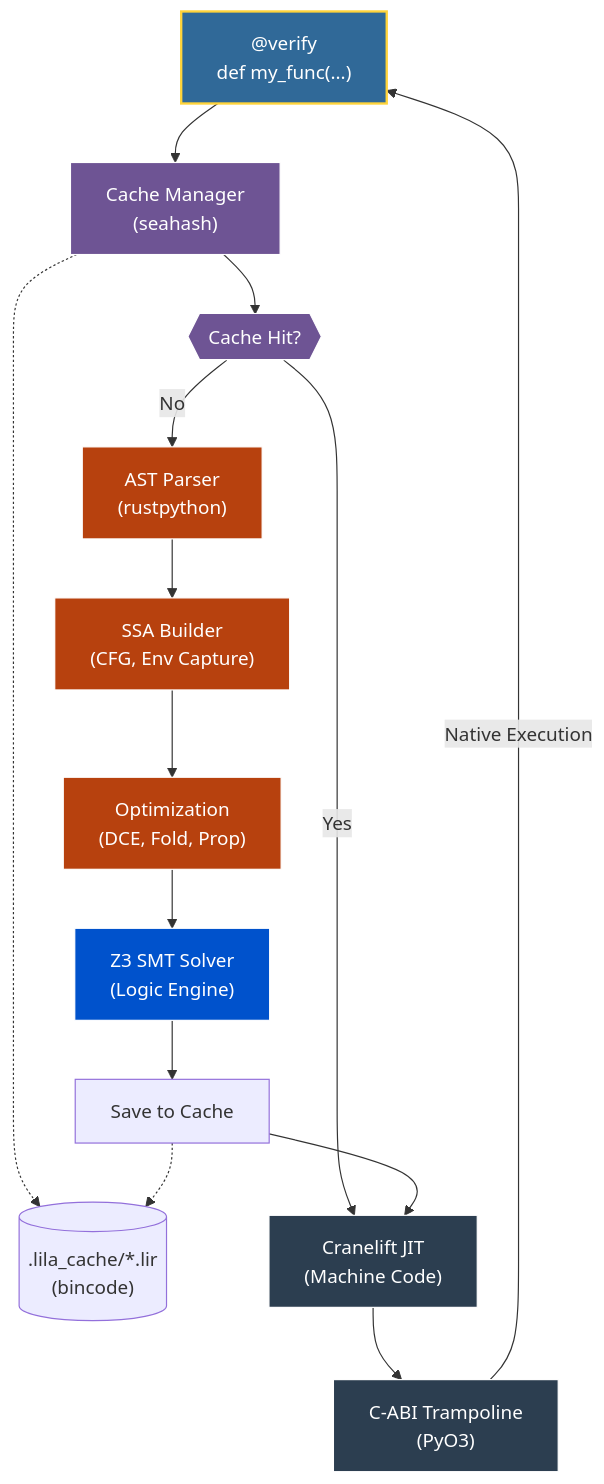
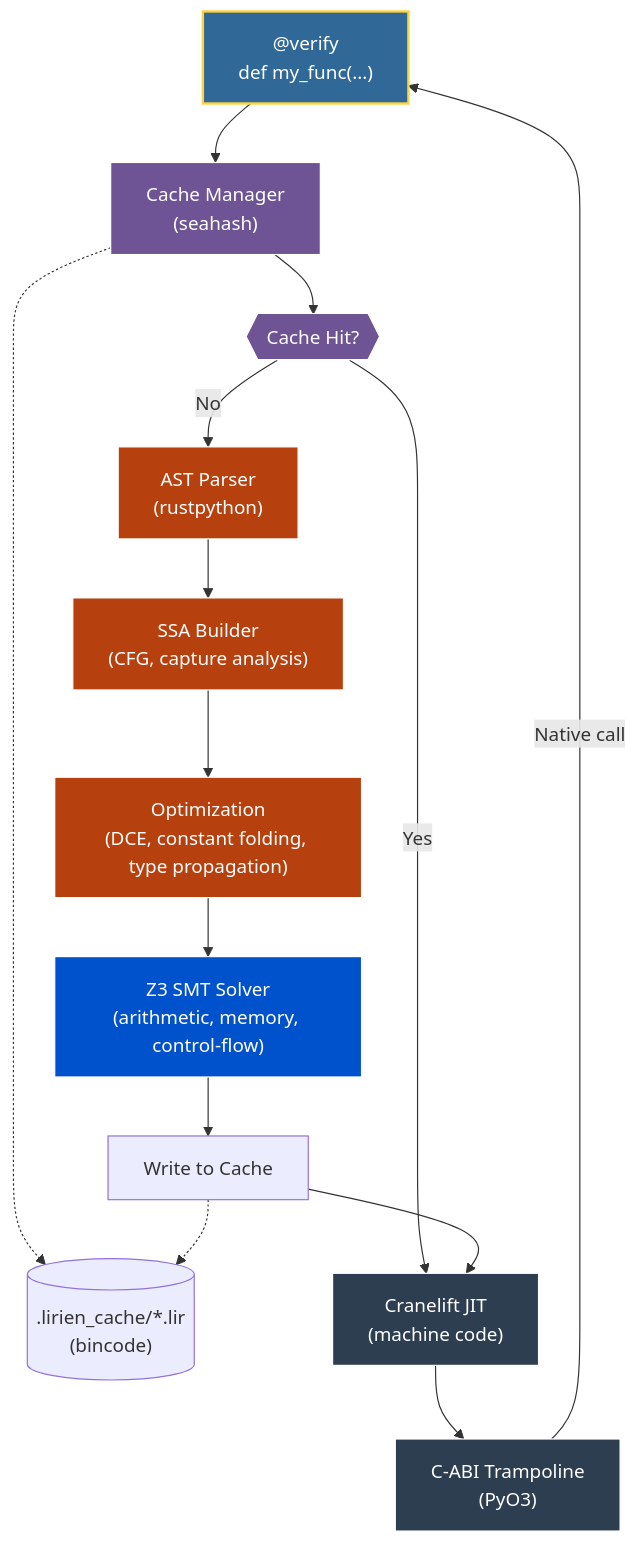
The diagram in README.md (SSL-ACTX/Lirien), drawn with Mermaid before and after one commit. The commit also changed other lines of this file and 203 other files, not shown here.

````diff
--- a/README.md
+++ b/README.md
@@ -396,47 +390,47 @@
 ```mermaid
 graph TD
     %% Python Side
     PySource["@verify<br/>def my_func(...)"]:::python
-    
+
     %% Bridge / Caching
     Hash["Cache Manager<br/>(seahash)"]:::bridge
     Cache{{"Cache Hit?"}}:::bridge
-    Disk[(".lila_cache/*.lir<br/>(bincode)")];
-    
+    Disk[(".lirien_cache/*.lir<br/>(bincode)")];
+
     %% Frontend (AST -> IR)
     AST["AST Parser<br/>(rustpython)"]:::frontend
-    Builder["SSA Builder<br/>(CFG, Env Capture)"]:::frontend
-    Opt["Optimization<br/>(DCE, Fold, Prop)"]:::frontend
-    
+    Builder["SSA Builder<br/>(CFG, capture analysis)"]:::frontend
+    Opt["Optimization<br/>(DCE, constant folding, type propagation)"]:::frontend
+
     %% Middle-end (Verification)
-    Z3["Z3 SMT Solver<br/>(Logic Engine)"]:::verify
-    
+    Z3["Z3 SMT Solver<br/>(arithmetic, memory, control-flow)"]:::verify
+
     %% Backend
-    CL["Cranelift JIT<br/>(Machine Code)"]:::backend
+    CL["Cranelift JIT<br/>(machine code)"]:::backend
     Trampoline["C-ABI Trampoline<br/>(PyO3)"]:::backend
 
     %% Flow
     PySource --> Hash
     Hash -.-> Disk
     Hash --> Cache
-    
+
     Cache -- Yes --> CL
     Cache -- No --> AST
-    
+
     AST --> Builder
     Builder --> Opt
     Opt --> Z3
-    
-    Z3 --> CacheWrite["Save to Cache"]
+
+    Z3 --> CacheWrite["Write to Cache"]
     CacheWrite -.-> Disk
     CacheWrite --> CL
-    
+
     CL --> Trampoline
-    Trampoline -->|Native Execution| PySource
+    Trampoline -->|"Native call"| PySource
 
     classDef python fill:#306998,stroke:#FFD43B,stroke-width:2px,color:#fff;
     classDef bridge fill:#6e5494,stroke:#fff,stroke-width:1px,color:#fff;
     classDef frontend fill:#b7410e,stroke:#fff,stroke-width:1px,color:#fff;
     classDef verify fill:#0052cc,stroke:#fff,stroke-width:1px,color:#fff;
     classDef backend fill:#2c3e50,stroke:#fff,stroke-width:1px,color:#fff;
 ```
````
